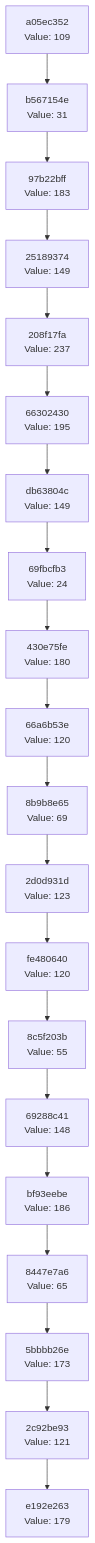
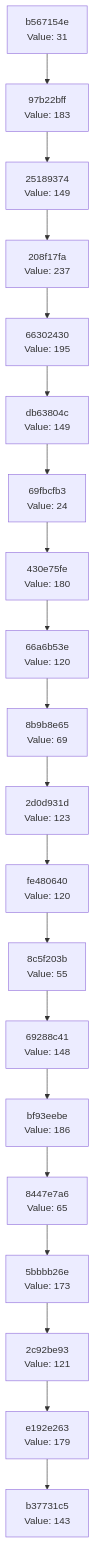
One commit to Abhisheksinha1506/hash-chain-evolver changed the diagram in docs/CHAIN_VISUALIZATION.md. Above: the diagram before and after it, drawn with Mermaid. The commit also changed 2 other files, not shown here.

Commit message:
Evolution Step

````diff
--- a/docs/CHAIN_VISUALIZATION.md
+++ b/docs/CHAIN_VISUALIZATION.md
@@ -3,42 +3,42 @@
 ```mermaid
 graph TD
-    C0["e192e263<br/>Value: 179"]
-    C1["2c92be93<br/>Value: 121"]
+    C0["b37731c5<br/>Value: 143"]
+    C1["e192e263<br/>Value: 179"]
     C1 --> C0
-    C2["5bbbb26e<br/>Value: 173"]
+    C2["2c92be93<br/>Value: 121"]
     C2 --> C1
-    C3["8447e7a6<br/>Value: 65"]
+    C3["5bbbb26e<br/>Value: 173"]
     C3 --> C2
-    C4["bf93eebe<br/>Value: 186"]
+    C4["8447e7a6<br/>Value: 65"]
     C4 --> C3
-    C5["69288c41<br/>Value: 148"]
+    C5["bf93eebe<br/>Value: 186"]
     C5 --> C4
-    C6["8c5f203b<br/>Value: 55"]
+    C6["69288c41<br/>Value: 148"]
     C6 --> C5
-    C7["fe480640<br/>Value: 120"]
+    C7["8c5f203b<br/>Value: 55"]
     C7 --> C6
-    C8["2d0d931d<br/>Value: 123"]
+    C8["fe480640<br/>Value: 120"]
     C8 --> C7
-    C9["8b9b8e65<br/>Value: 69"]
+    C9["2d0d931d<br/>Value: 123"]
     C9 --> C8
-    C10["66a6b53e<br/>Value: 120"]
+    C10["8b9b8e65<br/>Value: 69"]
     C10 --> C9
-    C11["430e75fe<br/>Value: 180"]
+    C11["66a6b53e<br/>Value: 120"]
     C11 --> C10
-    C12["69fbcfb3<br/>Value: 24"]
+    C12["430e75fe<br/>Value: 180"]
     C12 --> C11
-    C13["db63804c<br/>Value: 149"]
+    C13["69fbcfb3<br/>Value: 24"]
     C13 --> C12
-    C14["66302430<br/>Value: 195"]
+    C14["db63804c<br/>Value: 149"]
     C14 --> C13
-    C15["208f17fa<br/>Value: 237"]
+    C15["66302430<br/>Value: 195"]
     C15 --> C14
-    C16["25189374<br/>Value: 149"]
+    C16["208f17fa<br/>Value: 237"]
     C16 --> C15
-    C17["97b22bff<br/>Value: 183"]
+    C17["25189374<br/>Value: 149"]
     C17 --> C16
-    C18["b567154e<br/>Value: 31"]
+    C18["97b22bff<br/>Value: 183"]
     C18 --> C17
-    C19["a05ec352<br/>Value: 109"]
+    C19["b567154e<br/>Value: 31"]
     C19 --> C18
 ```
````
